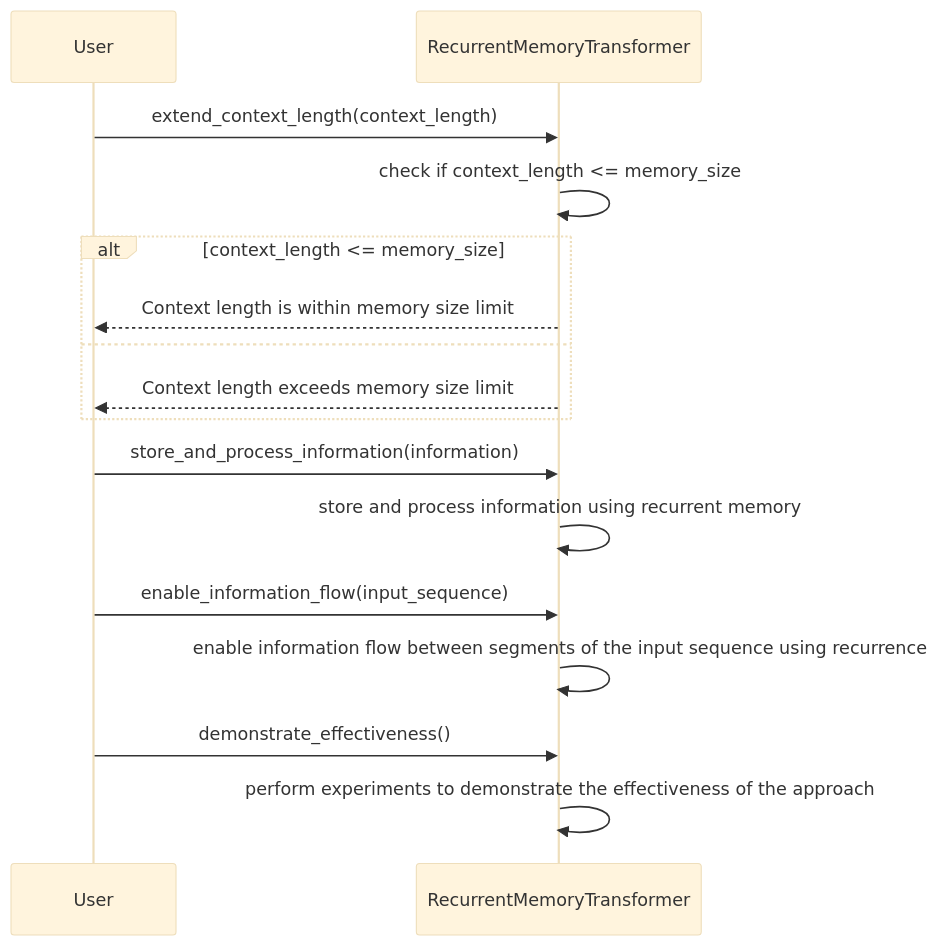
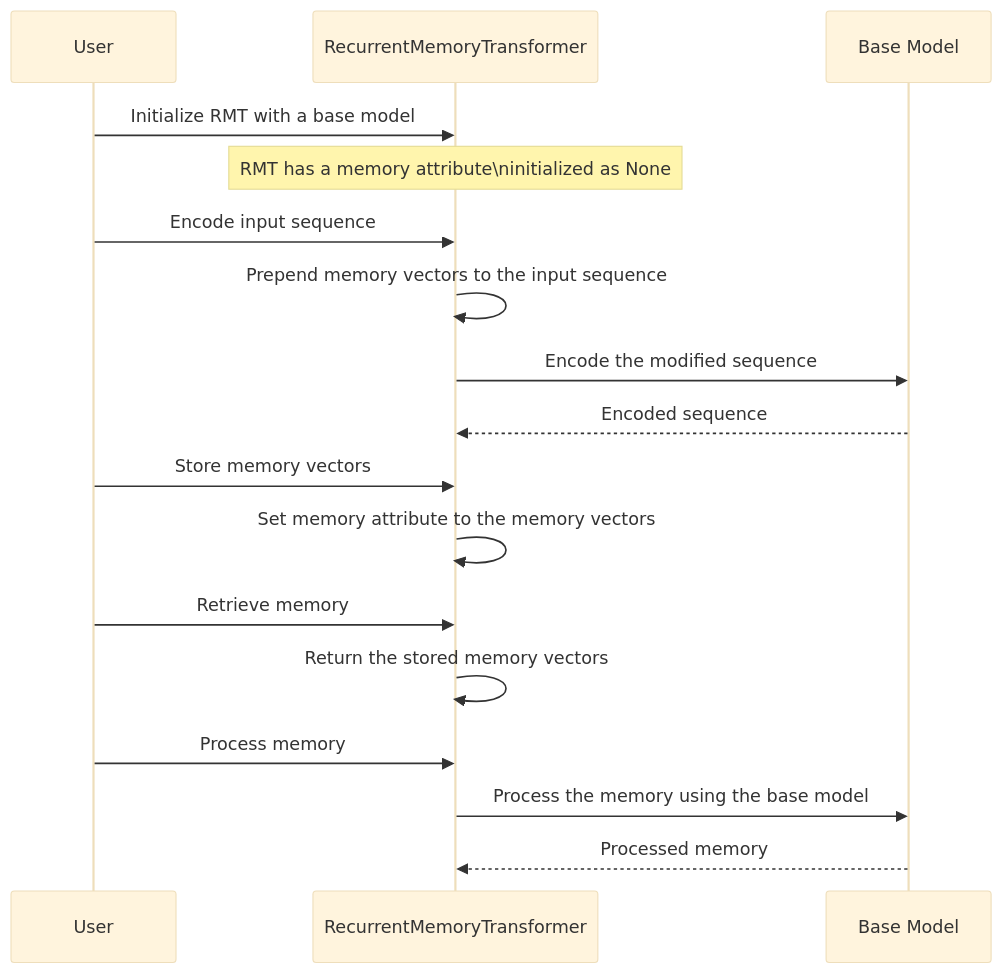
One commit to TobiahRex/xivar-taj changed the second of 14 diagrams in downloads/Scaling_Transformer_to_1M_tokens_and_beyond_with/summary.md. Above: the diagram before and after it, drawn with Mermaid (base theme). The commit also changed other lines of this file and 127 other files, not shown here.

````diff
--- a/downloads/Scaling_Transformer_to_1M_tokens_and_beyond_with/summary.md
+++ b/downloads/Scaling_Transformer_to_1M_tokens_and_beyond_with/summary.md
@@ -103,22 +85,24 @@
 ```mermaid
 sequenceDiagram
     participant User
-    participant RecurrentMemoryTransformer
+    participant RMT as RecurrentMemoryTransformer
+    participant BaseModel as Base Model
 
-    User->>RecurrentMemoryTransformer: extend_context_length(context_length)
-    RecurrentMemoryTransformer->>RecurrentMemoryTransformer: check if context_length <= memory_size
-    alt context_length <= memory_size
-        RecurrentMemoryTransformer-->>User: Context length is within memory size limit
-    else
-        RecurrentMemoryTransformer-->>User: Context length exceeds memory size limit
-    end
+    User ->> RMT: Initialize RMT with a base model
+    Note over RMT: RMT has a memory attribute\ninitialized as None
 
-    User->>RecurrentMemoryTransformer: store_and_process_information(information)
-    RecurrentMemoryTransformer->>RecurrentMemoryTransformer: store and process information using recurrent memory
+    User ->> RMT: Encode input sequence
+    RMT ->> RMT: Prepend memory vectors to the input sequence
+    RMT ->> BaseModel: Encode the modified sequence
+    BaseModel -->> RMT: Encoded sequence
 
-    User->>RecurrentMemoryTransformer: enable_information_flow(input_sequence)
-    RecurrentMemoryTransformer->>RecurrentMemoryTransformer: enable information flow between segments of the input sequence using recurrence
+    User ->> RMT: Store memory vectors
+    RMT ->> RMT: Set memory attribute to the memory vectors
 
-    User->>RecurrentMemoryTransformer: demonstrate_effectiveness()
-    RecurrentMemoryTransformer->>RecurrentMemoryTransformer: perform experiments to demonstrate the effectiveness of the approach
+    User ->> RMT: Retrieve memory
+    RMT ->> RMT: Return the stored memory vectors
+
+    User ->> RMT: Process memory
+    RMT ->> BaseModel: Process the memory using the base model
+    BaseModel -->> RMT: Processed memory
 ```
````
